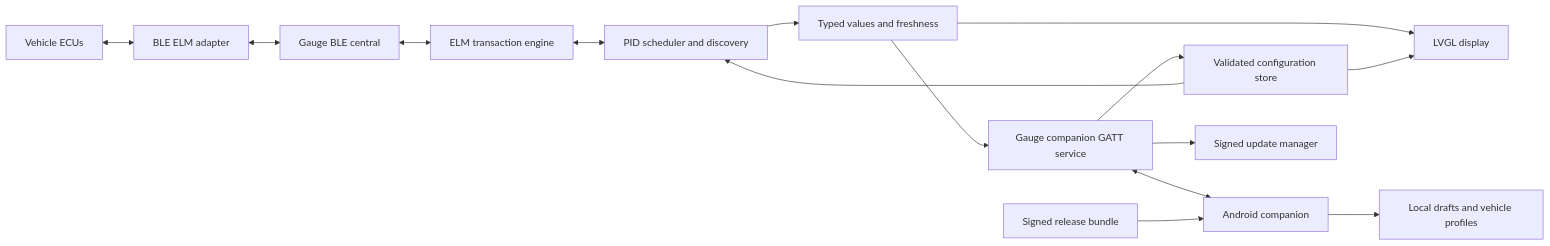
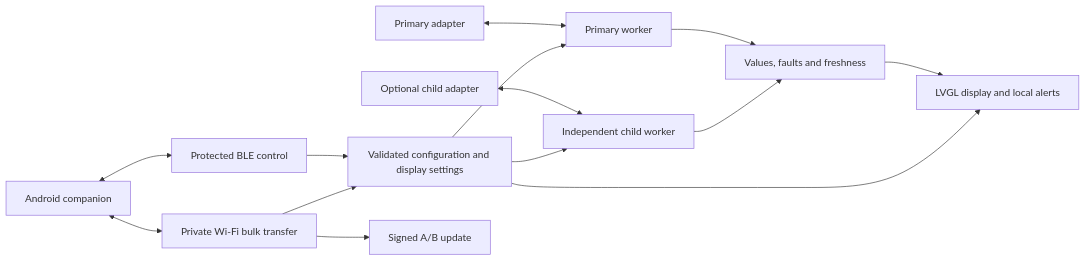
The diagram in docs/architecture/system.md (lstepnio/ESP32OBD2), drawn with Mermaid before and after one commit. The commit also changed other lines of this file and 146 other files, not shown here.

````diff
--- a/docs/architecture/system.md
+++ b/docs/architecture/system.md
@@ -8,17 +8,16 @@
 ```mermaid
 flowchart LR
-    ECU[Vehicle ECUs] <--> Adapter[BLE ELM adapter]
-    Adapter <--> Central[Gauge BLE central]
-    Central <--> Transport[ELM transaction engine]
-    Transport <--> Scheduler[PID scheduler and discovery]
-    Scheduler --> Cache[Typed values and freshness]
-    Cache --> UI[LVGL display]
-    Cache --> Peripheral[Gauge companion GATT service]
-    Peripheral <--> Phone[Android companion]
-    Phone --> Draft[Local drafts and vehicle profiles]
-    Peripheral --> Config[Validated configuration store]
-    Config --> Scheduler
+    ECM[Primary adapter] <--> Worker[Primary worker]
+    TCM[Optional child adapter] <--> Child[Independent child worker]
+    Worker --> Cache[Values, faults and freshness]
+    Child --> Cache
+    Cache --> UI[LVGL display and local alerts]
+    Phone[Android companion] <--> Owner[Protected BLE control]
+    Phone <--> Bulk[Private Wi-Fi bulk transfer]
+    Owner --> Config[Validated configuration and display settings]
+    Bulk --> Config
+    Bulk --> OTA[Signed A/B update]
+    Config --> Worker
+    Config --> Child
     Config --> UI
-    Peripheral --> OTA[Signed update manager]
-    Release[Signed release bundle] --> Phone
 ```
````
